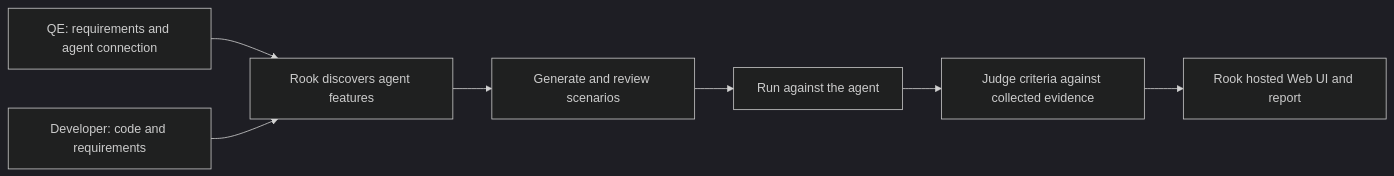
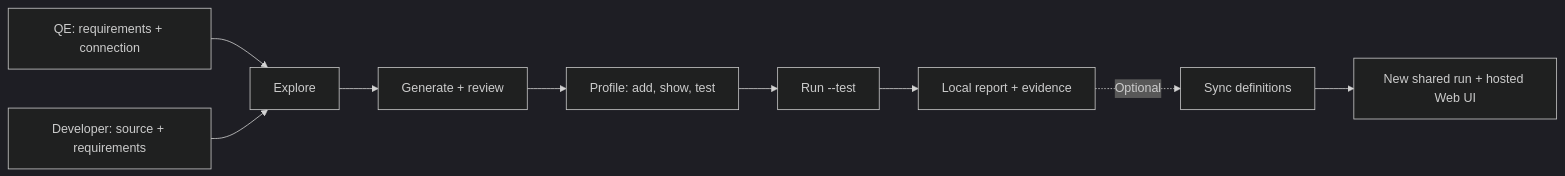
The fifth of 5 diagrams in docs/demo-walkthrough.md (4DvAnCeBoY/rook-demo), drawn with Mermaid (dark theme) before and after one commit. The commit also changed other lines of this file and 106 other files, not shown here.

Commit message:
Rebuild Agent Assurance walkthroughs around local Rook evidence

````diff
--- a/docs/demo-walkthrough.md
+++ b/docs/demo-walkthrough.md
@@ -172,9 +131,11 @@
 ```mermaid
 flowchart LR
-  QE["QE: requirements and agent connection"] --> F["Rook discovers agent features"]
-  DEV["Developer: code and requirements"] --> F
-  F --> S["Generate and review scenarios"]
-  S --> R["Run against the agent"]
-  R --> E["Judge criteria against collected evidence"]
-  E --> U["Rook hosted Web UI and report"]
+  QE["QE: requirements + connection"] --> E["Explore"]
+  DEV["Developer: source + requirements"] --> E
+  E --> G["Generate + review"]
+  G --> P["Profile: add, show, test"]
+  P --> R["Run --test"]
+  R --> L["Local report + evidence"]
+  L -. "Optional" .-> S["Sync definitions"]
+  S --> U["New shared run + hosted Web UI"]
 ```
````
